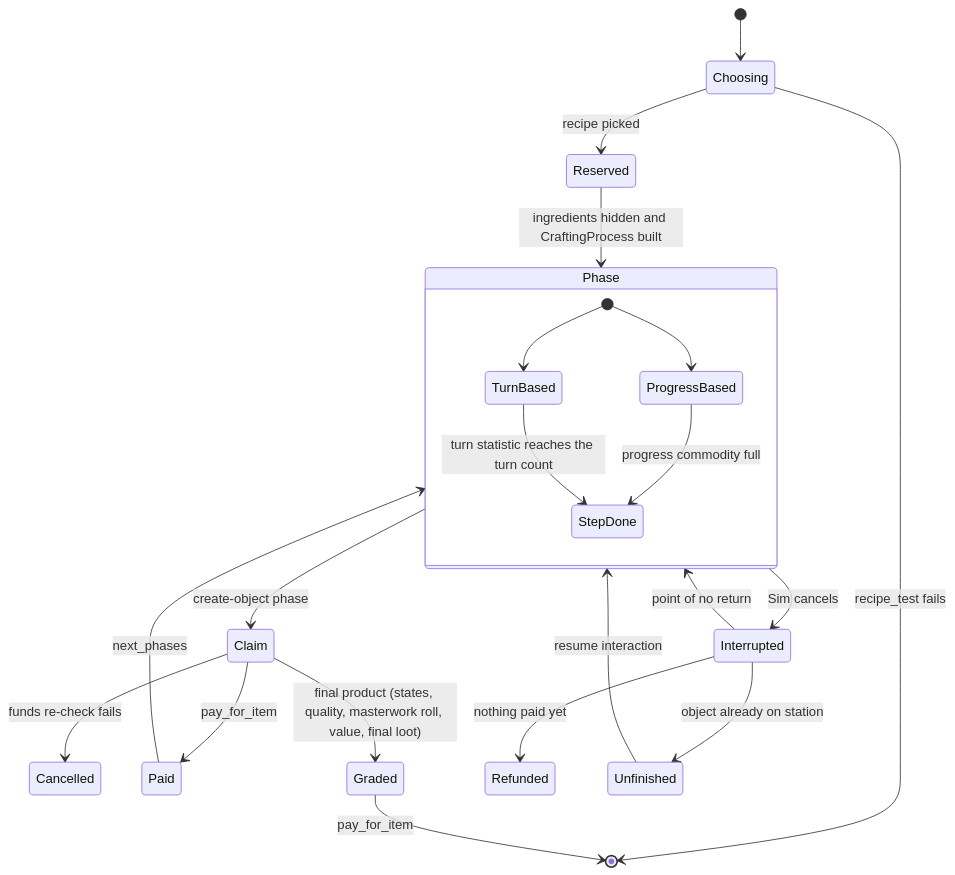
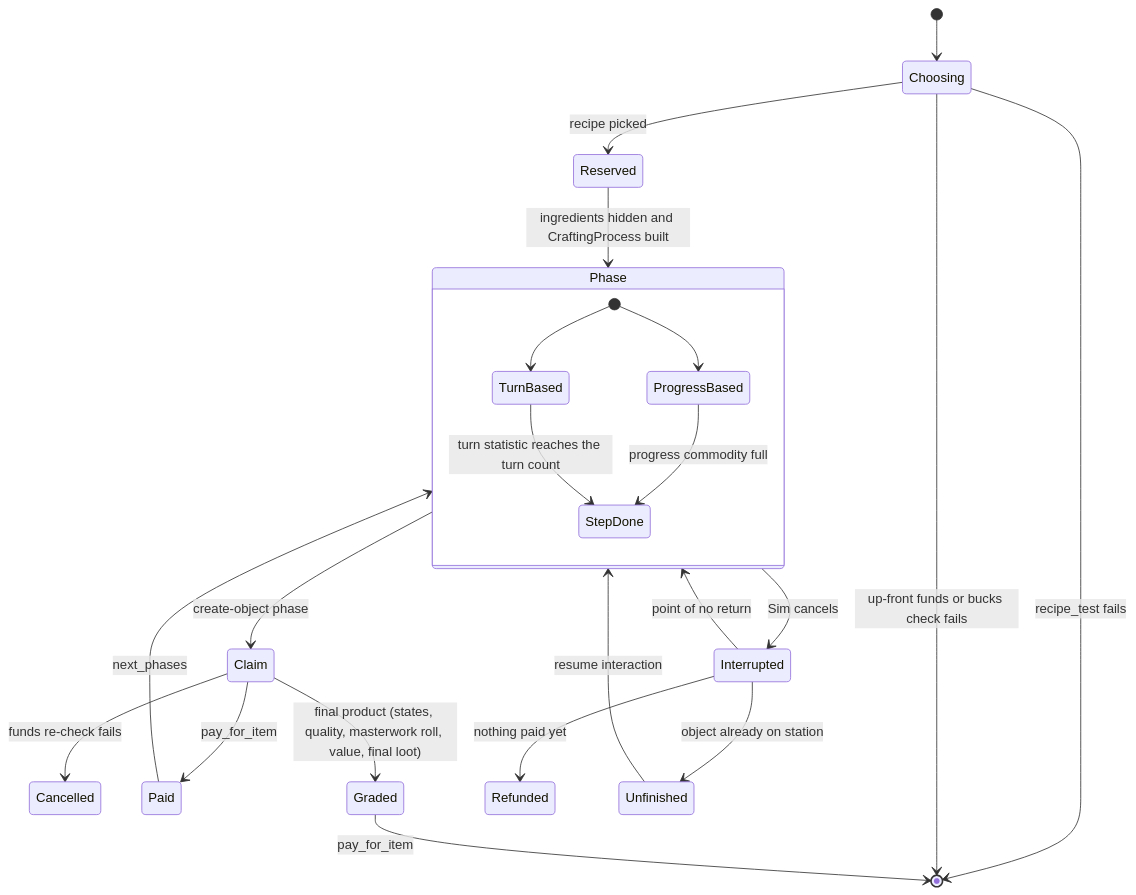
One commit to sudo-ezekiel/how-the-sims-4-works changed the diagram in src/6.01-crafting-cooking.md. Above: the diagram before and after it, drawn with Mermaid. The commit also changed other lines of this file and 60 other files, not shown here.

````diff
--- a/src/6.01-crafting-cooking.md
+++ b/src/6.01-crafting-cooking.md
@@ -68,24 +68,25 @@
 ```mermaid
 stateDiagram-v2
     [*] --> Choosing
     Choosing --> [*]: recipe_test fails
+    Choosing --> [*]: up-front funds or bucks check fails
     Choosing --> Reserved: recipe picked
     Reserved --> Phase: ingredients hidden and CraftingProcess built
     state Phase {
         [*] --> TurnBased
         [*] --> ProgressBased
         TurnBased --> StepDone: turn statistic reaches the turn count
         ProgressBased --> StepDone: progress commodity full
     }
     Phase --> Claim: create-object phase
     Claim --> Cancelled: funds re-check fails
     Claim --> Paid: pay_for_item
     Paid --> Phase: next_phases
     Claim --> Graded: final product (states, quality, masterwork roll, value, final loot)
     Graded --> [*]: pay_for_item
     Phase --> Interrupted: Sim cancels
     Interrupted --> Phase: point of no return
     Interrupted --> Refunded: nothing paid yet
     Interrupted --> Unfinished: object already on station
     Unfinished --> Phase: resume interaction
 ```
````
